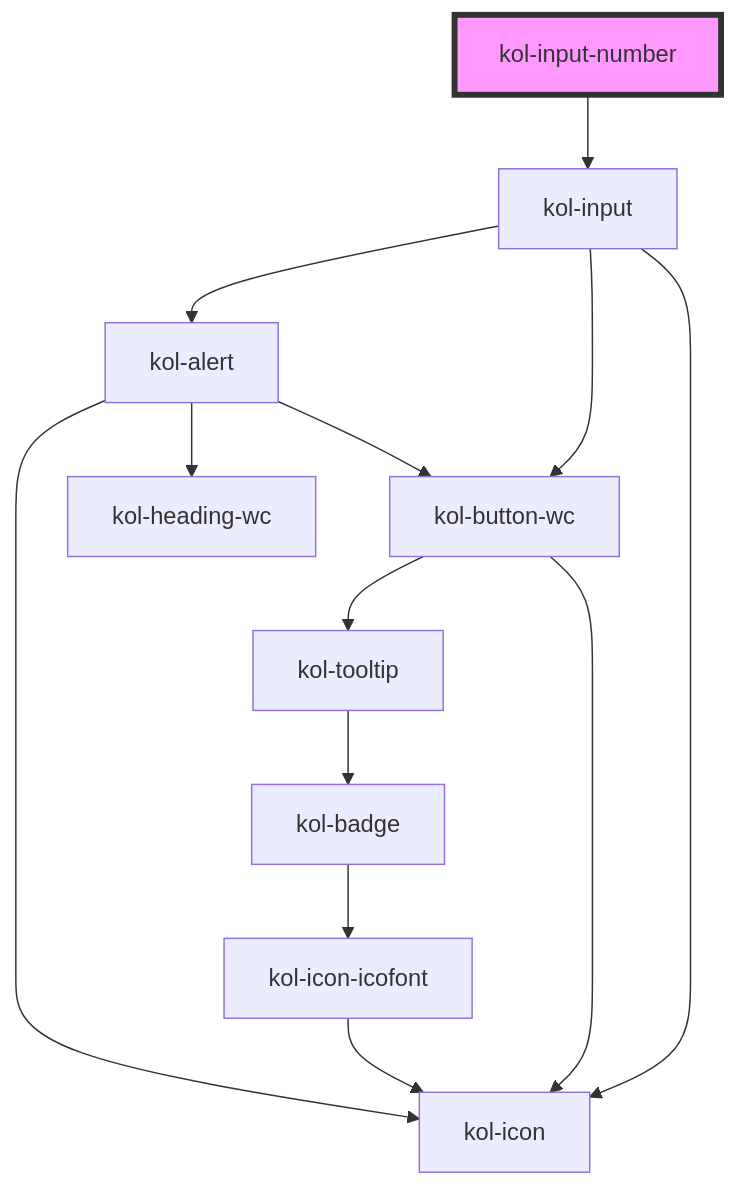
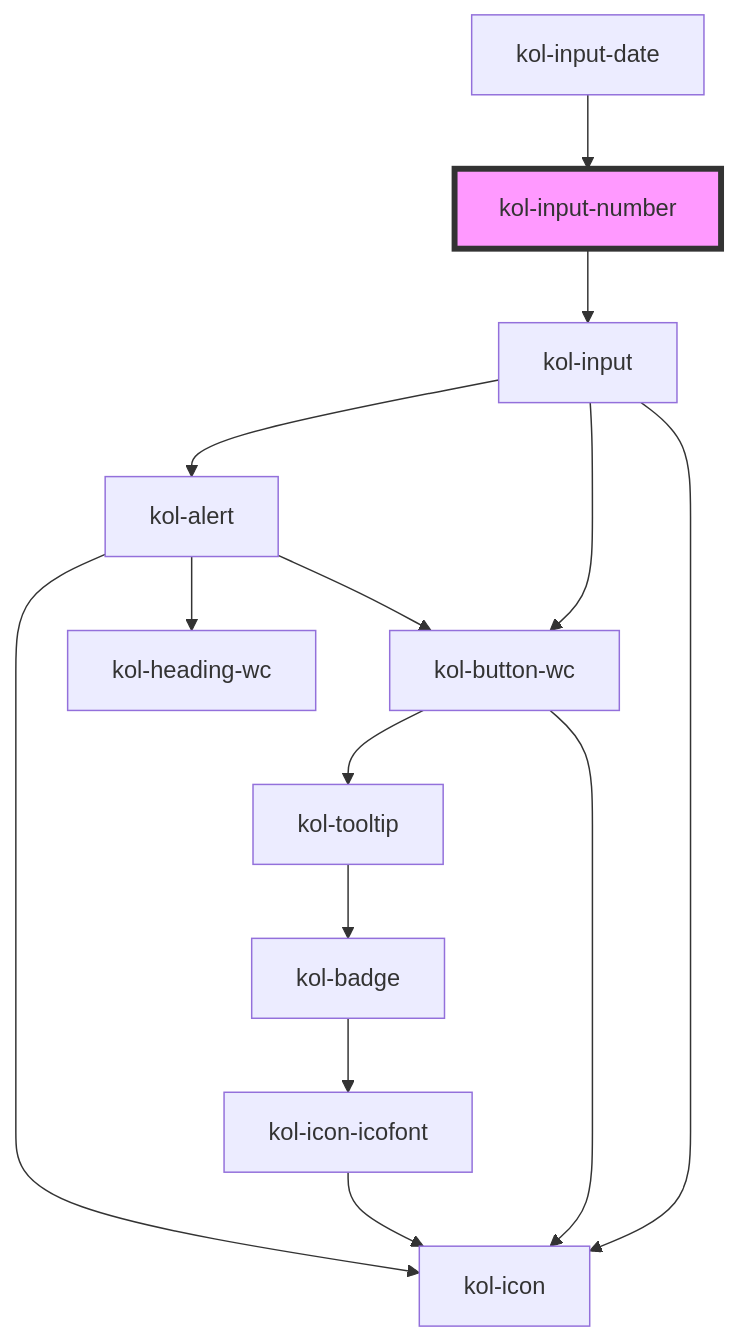
One commit to public-ui/kolibri changed the diagram in packages/library/src/components/input-number/readme.md. Above: the diagram before and after it, drawn with Mermaid. The commit also changed other lines of this file and 45 other files, not shown here.

````diff
--- a/packages/library/src/components/input-number/readme.md
+++ b/packages/library/src/components/input-number/readme.md
@@ -99,16 +103,17 @@
 ```mermaid
 graph TD;
   kol-input-number --> kol-input
   kol-input --> kol-icon
   kol-input --> kol-button-wc
   kol-input --> kol-alert
   kol-button-wc --> kol-icon
   kol-button-wc --> kol-tooltip
   kol-tooltip --> kol-badge
   kol-badge --> kol-icon-icofont
   kol-icon-icofont --> kol-icon
   kol-alert --> kol-heading-wc
   kol-alert --> kol-button-wc
   kol-alert --> kol-icon
+  kol-input-date --> kol-input-number
   style kol-input-number fill:#f9f,stroke:#333,stroke-width:4px
 ```
````
